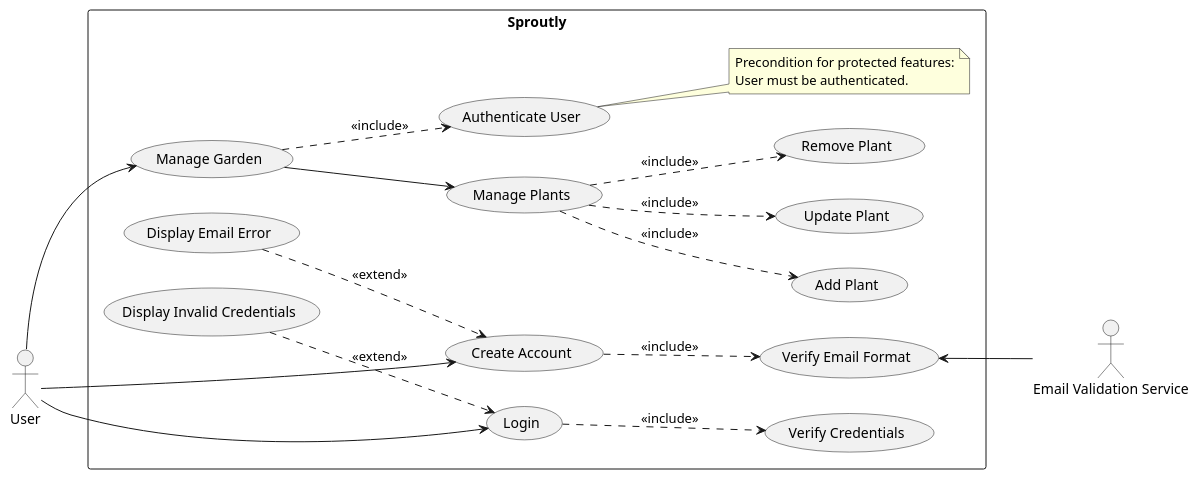
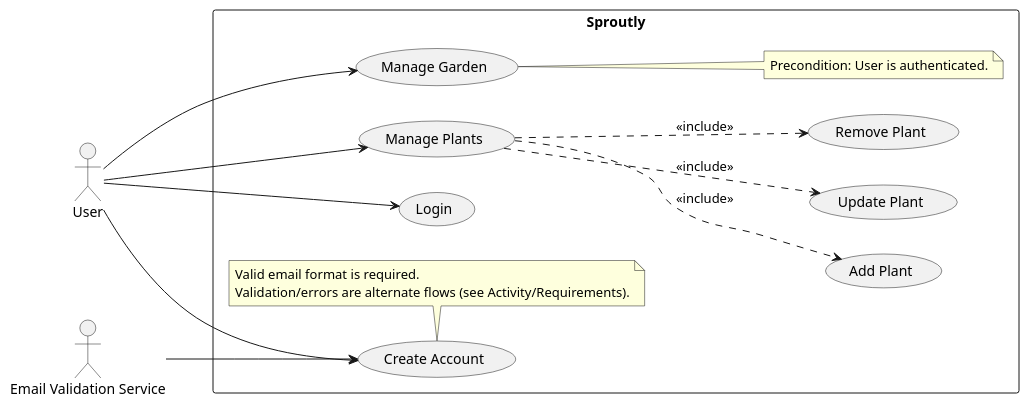
Before and after one commit to amberfeeley/Sproutly: the diagram in docs/use-case.puml, drawn with PlantUML. The commit also changed other lines of this file and 8 other files, not shown here.

```diff
--- a/docs/use-case.puml
+++ b/docs/use-case.puml
@@ -1,57 +1,39 @@
-@startuml
+@startuml Sproutly_Use_Case_Diagram
 left to right direction
 skinparam packageStyle rectangle
 skinparam shadowing false
 
-actor User as user
+actor "User" as user
 actor "Email Validation Service" as emailSvc
 
 rectangle "Sproutly" {
+  usecase "Create Account" as UC_Create
+  usecase "Login" as UC_Login
+  usecase "Manage Garden" as UC_Garden
+  usecase "Manage Plants" as UC_Plants
 
-  (Create Account) as UC_Create
-  (Login) as UC_Login
-  (Manage Garden) as UC_Garden
-  (Manage Plants) as UC_Plants
+  usecase "Add Plant" as UC_Add
+  usecase "Update Plant" as UC_Update
+  usecase "Remove Plant" as UC_Remove
 
-  (Verify Email Format) as UC_VerifyEmail
-  (Verify Credentials) as UC_VerifyCreds
-  (Authenticate User) as UC_Auth
-
-  (Display Email Error) as UC_EmailErr
-  (Display Invalid Credentials) as UC_CredErr
-
-  (Add Plant) as UC_Add
-  (Update Plant) as UC_Update
-  (Remove Plant) as UC_Remove
-
-  ' Actor relationships (primary)
   user --> UC_Create
   user --> UC_Login
   user --> UC_Garden
+  user --> UC_Plants
 
-  ' Mandatory sub-behavior
-  UC_Create ..> UC_VerifyEmail : <<include>>
-  UC_Login  ..> UC_VerifyCreds : <<include>>
-  UC_Garden ..> UC_Auth        : <<include>>
-
-  ' Conditional behavior (extensions) - correct direction
-  UC_EmailErr ..> UC_Create : <<extend>>
-  UC_CredErr  ..> UC_Login  : <<extend>>
-
-  ' Garden decomposition
-  UC_Garden --> UC_Plants
   UC_Plants ..> UC_Add    : <<include>>
   UC_Plants ..> UC_Update : <<include>>
   UC_Plants ..> UC_Remove : <<include>>
 
-  ' External service interaction
-  emailSvc --> UC_VerifyEmail
-  UC_VerifyEmail -[hidden]-> emailSvc
+  emailSvc --> UC_Create
 
-  note right of UC_Auth
-  Precondition for protected features:
-  User must be authenticated.
+  note right of UC_Garden
+    Precondition: User is authenticated.
+  end note
+
+  note bottom of UC_Create
+    Valid email format is required.
+    Validation/errors are alternate flows (see Activity/Requirements).
   end note
 }
-
 @enduml
```
